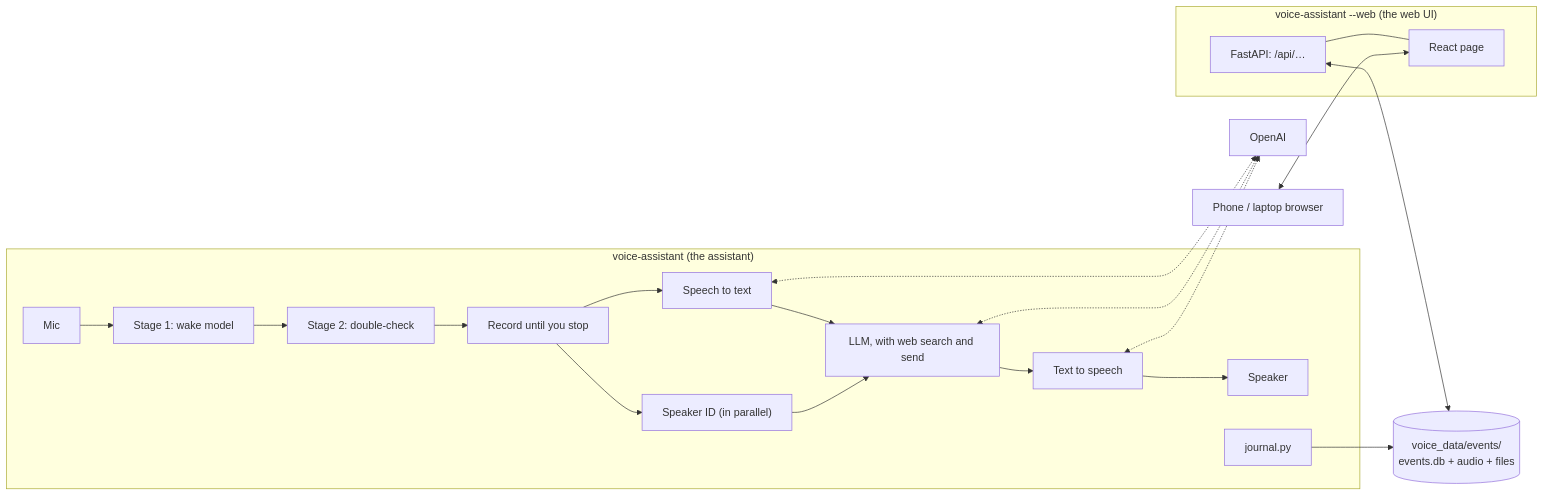
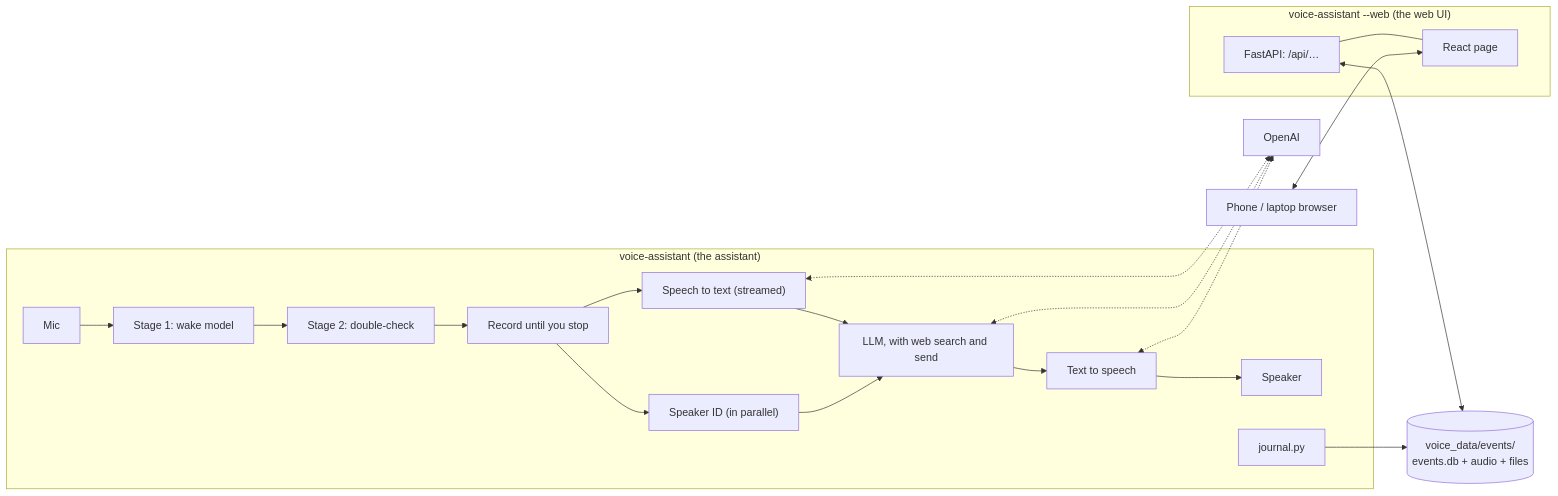
Before and after one commit to alon-pilosoph/tars: the diagram in docs/architecture.md, drawn with Mermaid. The commit also changed other lines of this file and 24 other files, not shown here.

First line of the commit message:
Faster replies: streamed speech to text, a better end-of-turn, spoken errors

````diff
--- a/docs/architecture.md
+++ b/docs/architecture.md
@@ -5,17 +5,17 @@
 ```mermaid
 flowchart LR
     subgraph assistant ["voice-assistant (the assistant)"]
         mic[Mic] --> wake["Stage 1: wake model"] --> check["Stage 2: double-check"] --> rec["Record until you stop"]
-        rec --> stt["Speech to text"] --> llm["LLM, with web search and send"] --> tts["Text to speech"] --> spk[Speaker]
+        rec --> stt["Speech to text (streamed)"] --> llm["LLM, with web search and send"] --> tts["Text to speech"] --> spk[Speaker]
         rec --> sid["Speaker ID (in parallel)"] --> llm
         journal["journal.py"]
     end
     subgraph web ["voice-assistant --web (the web UI)"]
         api["FastAPI: /api/…"] --- page["React page"]
     end
     data[("voice_data/events/<br/>events.db + audio + files")]
     journal --> data
     api <--> data
     stt & llm & tts <-.-> openai["OpenAI"]
     phone["Phone / laptop browser"] <--> page
 ```
````
